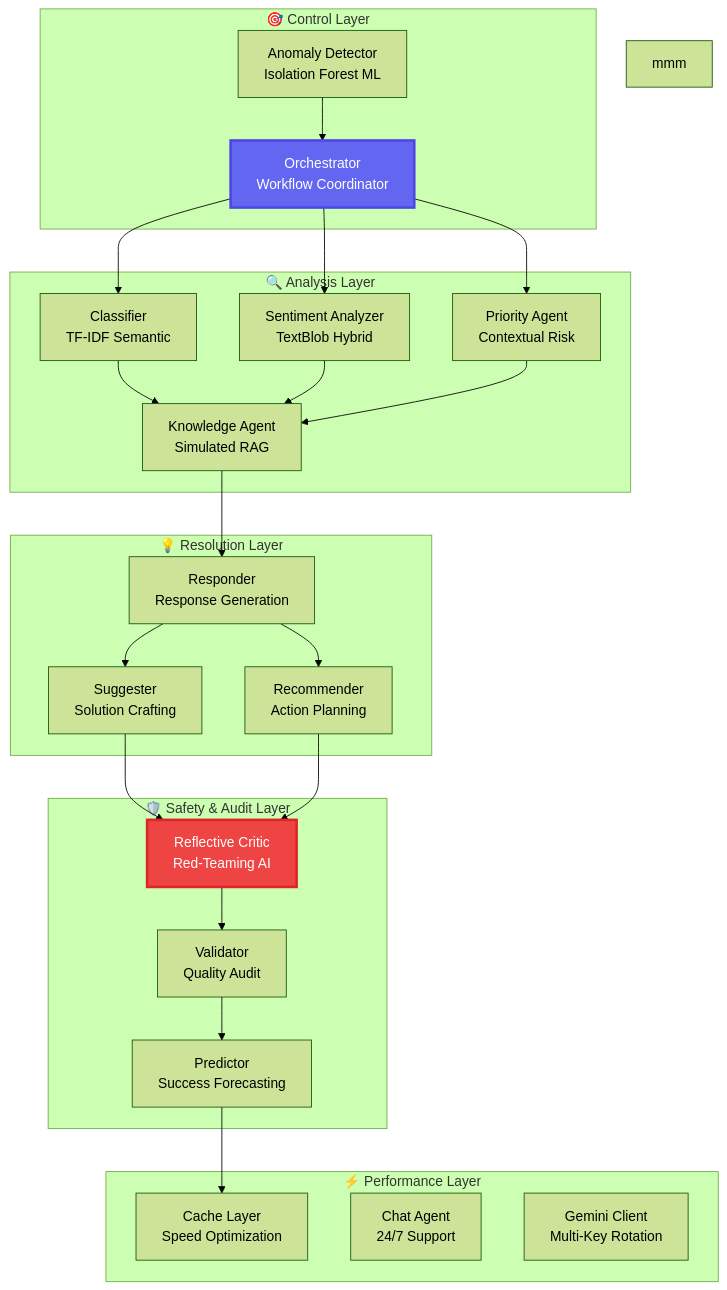
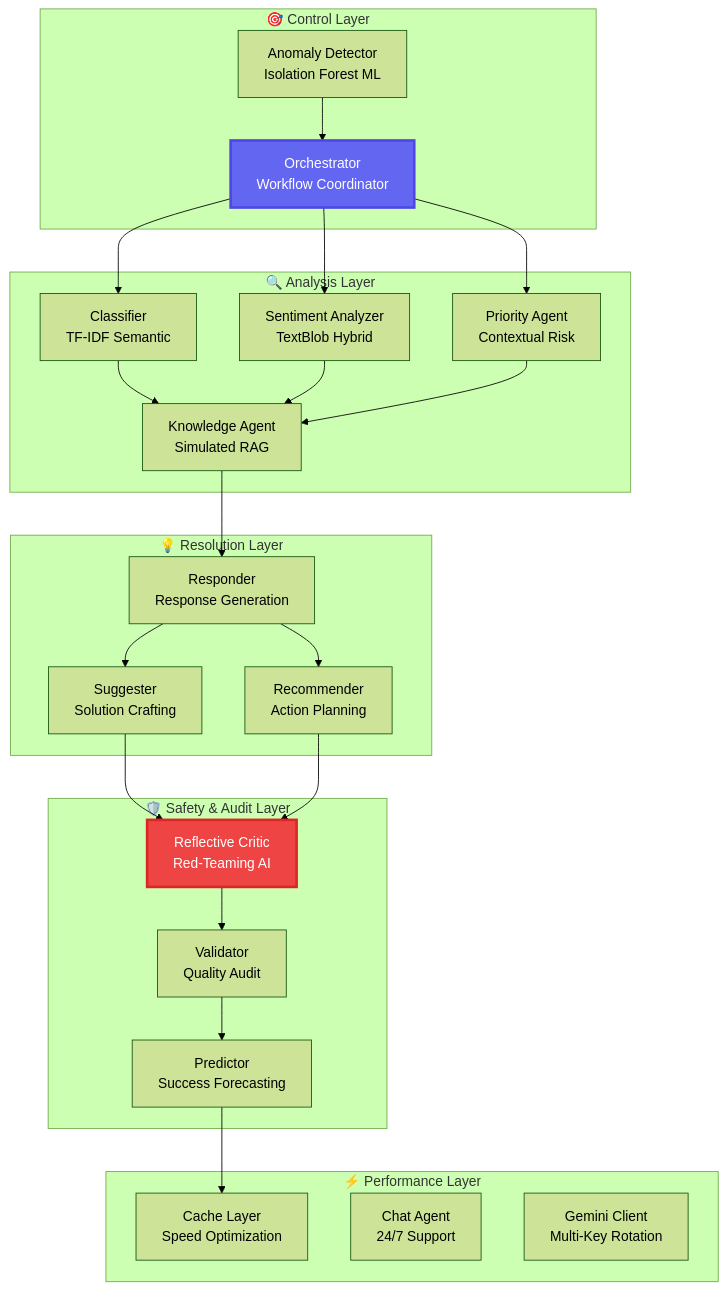
Before and after one commit to RiteshKumar2e/customer-complaint-agent_new: the second of 6 diagrams in README.md, drawn with Mermaid (forest theme).

````diff
--- a/README.md
+++ b/README.md
@@ -172,45 +172,45 @@
 ```mermaid
 graph TB
     subgraph "🎯 Control Layer"
         A[Orchestrator<br/>Workflow Coordinator]
         Z[Anomaly Detector<br/>Isolation Forest ML]
     end
     
     subgraph "🔍 Analysis Layer"
         B[Classifier<br/>TF-IDF Semantic]
         C[Sentiment Analyzer<br/>TextBlob Hybrid]
         D[Priority Agent<br/>Contextual Risk]
         E[Knowledge Agent<br/>Simulated RAG]
     end
     
     subgraph "💡 Resolution Layer"
         F[Responder<br/>Response Generation]
         G[Suggester<br/>Solution Crafting]
         H[Recommender<br/>Action Planning]
     end
     
     subgraph "🛡️ Safety & Audit Layer"
         I[Reflective Critic<br/>Red-Teaming AI]
         J[Validator<br/>Quality Audit]
         K[Predictor<br/>Success Forecasting]
     end
     
     subgraph "⚡ Performance Layer"
         L[Cache Layer<br/>Speed Optimization]
         M[Chat Agent<br/>24/7 Support]
         N[Gemini Client<br/>Multi-Key Rotation]
     end
-    mmm
+   
     Z --> A
     A --> B & C & D
     B & C & D --> E
     E --> F
     F --> G & H
     G & H --> I
     I --> J
     J --> K
     K --> L
     
     style A fill:#6366f1,stroke:#4f46e5,stroke-width:3px,color:#fff
     style I fill:#ef4444,stroke:#dc2626,stroke-width:3px,color:#fff
 ```
````
